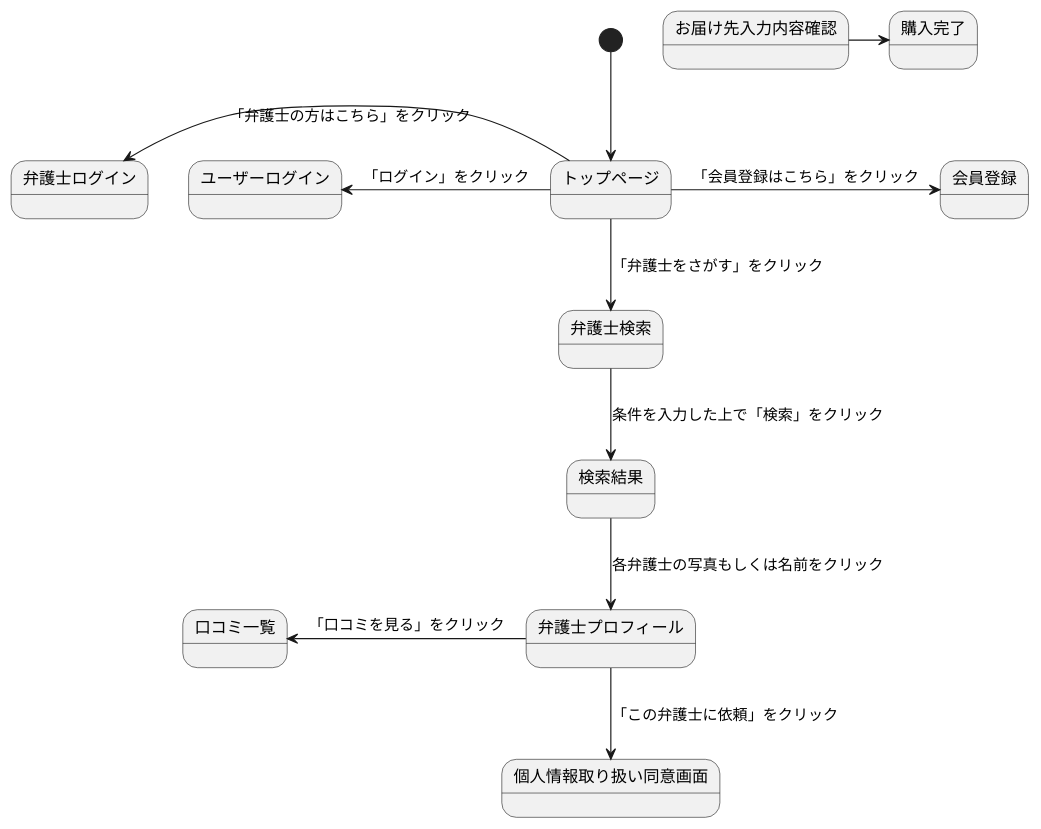
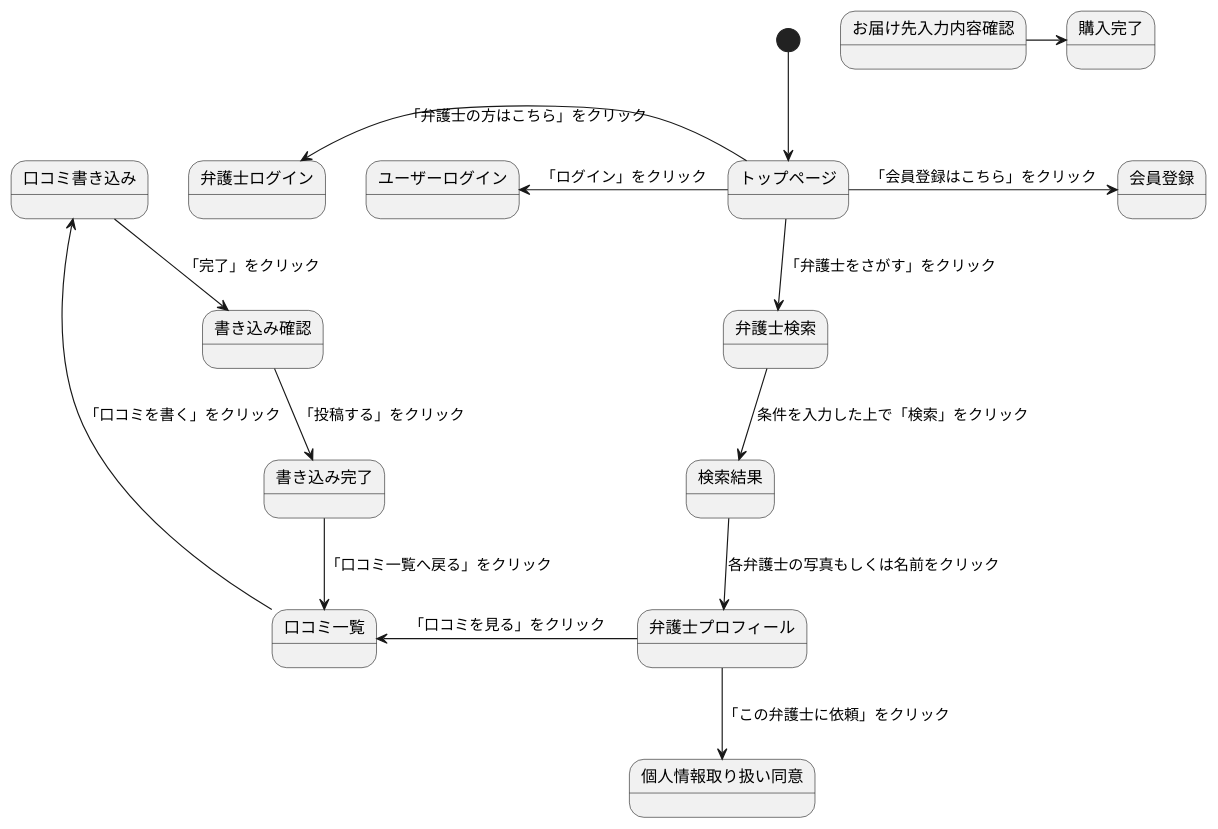
The diagram in 0524kadai.md (Aso2001374/2021sys-design), drawn with PlantUML before and after one commit.

````diff
--- a/0524kadai.md
+++ b/0524kadai.md
@@ -1,14 +1,18 @@
 ```uml
 @startuml
 [*] --> トップページ
 トップページ -> 会員登録:「会員登録はこちら」をクリック
 トップページ -left-> ユーザーログイン:「ログイン」をクリック
 トップページ -left-> 弁護士ログイン:「弁護士の方はこちら」をクリック
 トップページ --> 弁護士検索:「弁護士をさがす」をクリック
 弁護士検索 --> 検索結果: 条件を入力した上で「検索」をクリック
 検索結果 --> 弁護士プロフィール: 各弁護士の写真もしくは名前をクリック
 弁護士プロフィール -left-> 口コミ一覧:「口コミを見る」をクリック
-弁護士プロフィール --> 個人情報取り扱い同意画面:「この弁護士に依頼」をクリック
+弁護士プロフィール --> 個人情報取り扱い同意:「この弁護士に依頼」をクリック
+口コミ一覧 -left-> 口コミ書き込み:「口コミを書く」をクリック
+口コミ書き込み --> 書き込み確認:「完了」をクリック
+書き込み確認 --> 書き込み完了:「投稿する」をクリック
+書き込み完了 --> 口コミ一覧:「口コミ一覧へ戻る」をクリック
 お届け先入力内容確認 -> 購入完了
 @enduml
 ```
````
